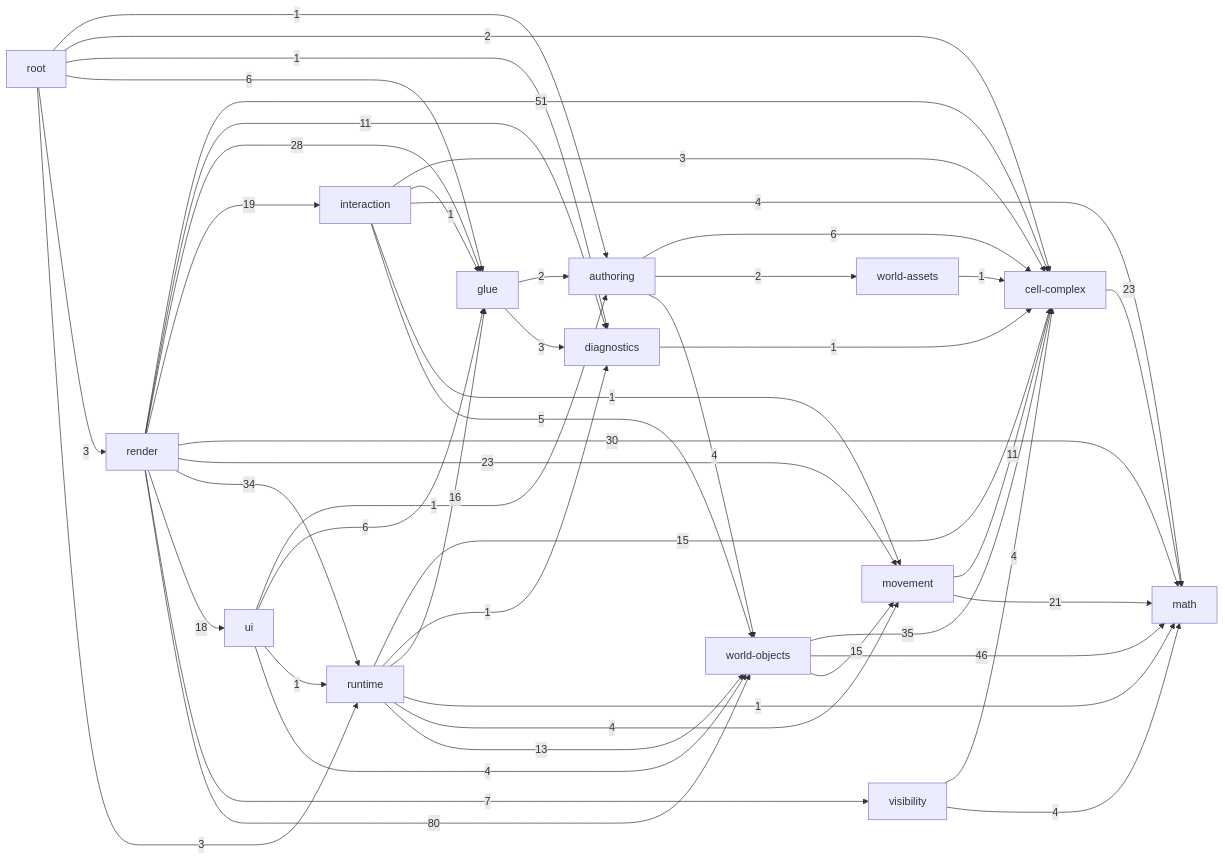
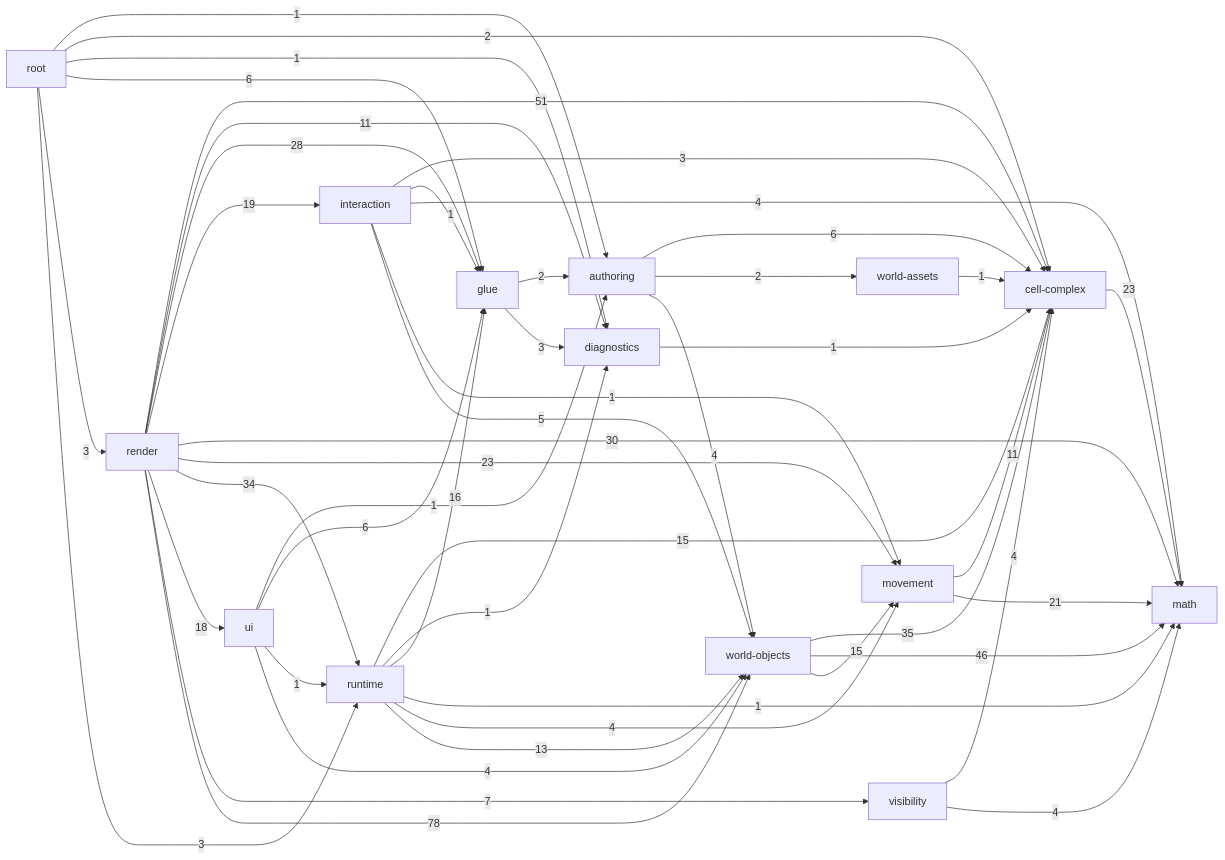
Before and after one commit to guraltsev/noneuclid-fpv: the diagram in _docs/generated/ARCHITECTURE_REFERENCE.md, drawn with Mermaid. The commit also changed other lines of this file and 17 other files, not shown here.

````diff
--- a/_docs/generated/ARCHITECTURE_REFERENCE.md
+++ b/_docs/generated/ARCHITECTURE_REFERENCE.md
@@ -35,63 +35,63 @@
 ```mermaid
 flowchart LR
   math["math"]
   cell_complex["cell-complex"]
   diagnostics["diagnostics"]
   visibility["visibility"]
   movement["movement"]
   world_assets["world-assets"]
   world_objects["world-objects"]
   authoring["authoring"]
   glue["glue"]
   interaction["interaction"]
   runtime["runtime"]
   ui["ui"]
   render["render"]
   root["root"]
   authoring -->|6| cell_complex
   authoring -->|2| world_assets
   authoring -->|4| world_objects
   cell_complex -->|23| math
   diagnostics -->|1| cell_complex
   glue -->|2| authoring
   glue -->|3| diagnostics
   interaction -->|3| cell_complex
   interaction -->|1| glue
   interaction -->|4| math
   interaction -->|1| movement
   interaction -->|5| world_objects
   movement -->|11| cell_complex
   movement -->|21| math
   render -->|51| cell_complex
   render -->|11| diagnostics
   render -->|28| glue
   render -->|19| interaction
   render -->|30| math
   render -->|23| movement
   render -->|34| runtime
   render -->|18| ui
   render -->|7| visibility
-  render -->|80| world_objects
+  render -->|78| world_objects
   root -->|1| authoring
   root -->|2| cell_complex
   root -->|1| diagnostics
   root -->|6| glue
   root -->|3| render
   root -->|3| runtime
   runtime -->|15| cell_complex
   runtime -->|1| diagnostics
   runtime -->|16| glue
   runtime -->|1| math
   runtime -->|4| movement
   runtime -->|13| world_objects
   ui -->|1| authoring
   ui -->|6| glue
   ui -->|1| runtime
   ui -->|4| world_objects
   visibility -->|4| cell_complex
   visibility -->|4| math
   world_assets -->|1| cell_complex
   world_objects -->|35| cell_complex
   world_objects -->|46| math
   world_objects -->|15| movement
 ```
````
